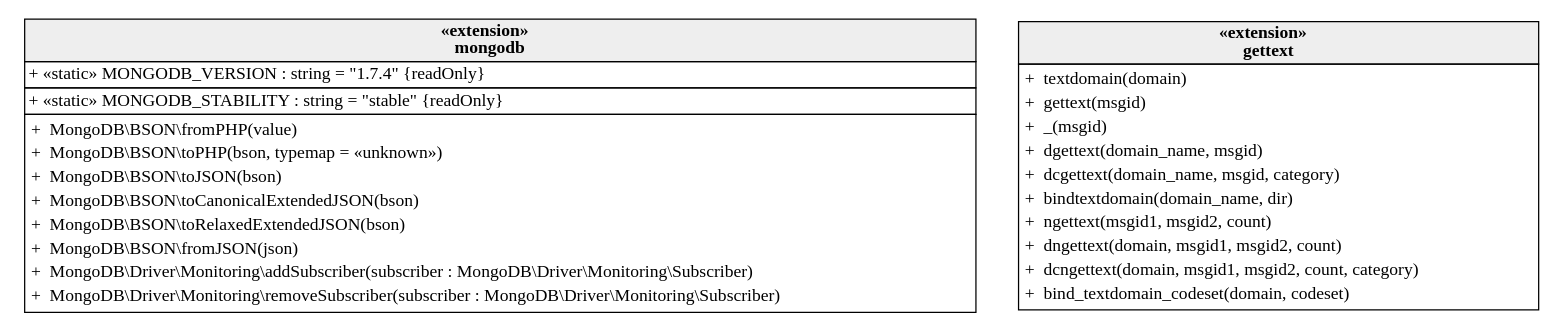
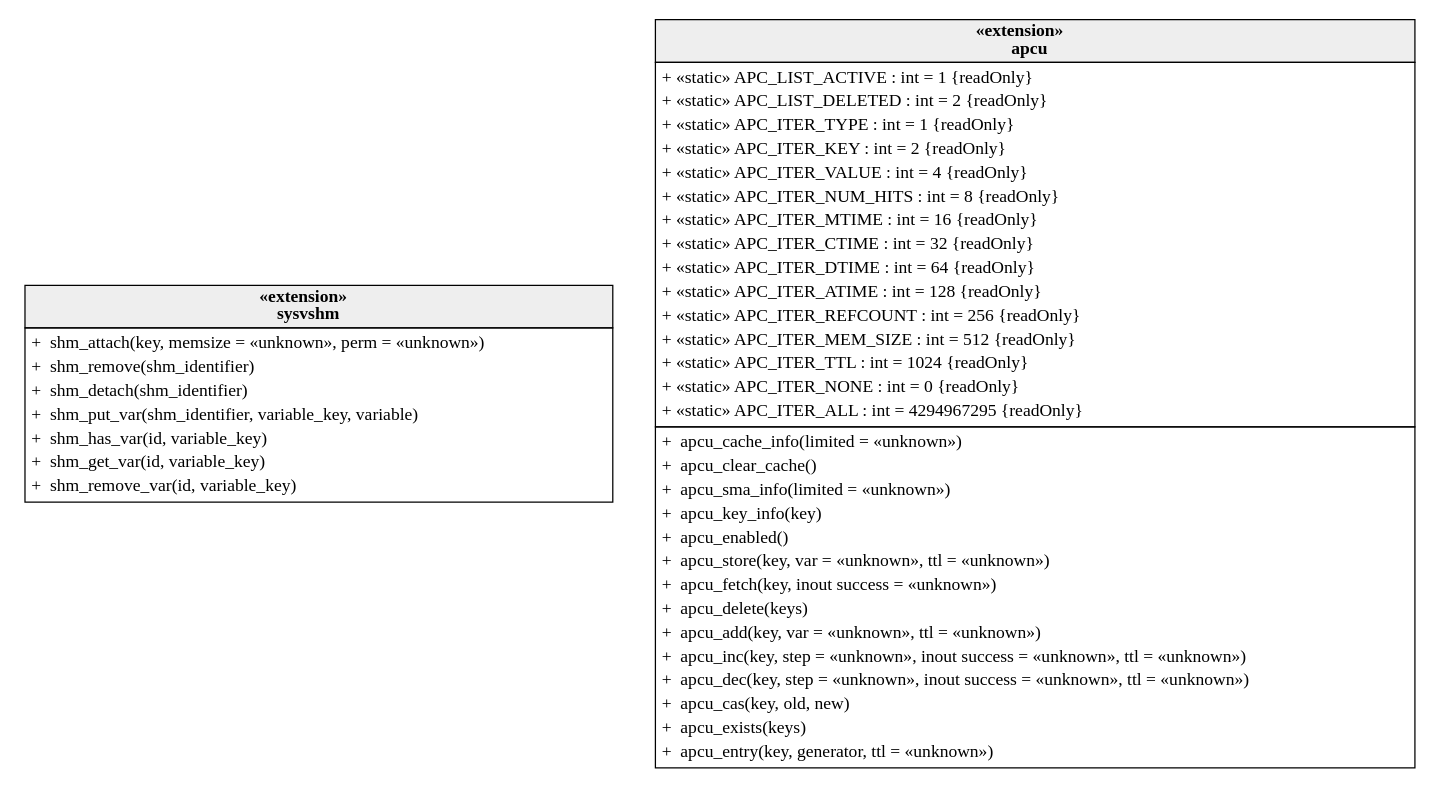
The diagram in docs/02_Cookbook/php_extensions.html.gv (llaville/graph-uml), drawn with Graphviz before and after one commit. The commit also changed 8 other files, not shown here.

```diff
--- a/docs/02_Cookbook/php_extensions.html.gv
+++ b/docs/02_Cookbook/php_extensions.html.gv
@@ -1,36 +1,52 @@
 graph {
-  "mongodb" [shape="none" label=<
+  "sysvshm" [shape="none" label=<
 <table cellspacing="0" border="0" cellborder="1">
-    <tr><td bgcolor="#eeeeee"><b>«extension»<br/>mongodb</b></td></tr>
-    <tr><td align="left">+ «static» MONGODB_VERSION : string = "1.7.4" {readOnly}</td></tr>
-<tr><td align="left">+ «static» MONGODB_STABILITY : string = "stable" {readOnly}</td></tr>
-
+    <tr><td bgcolor="#eeeeee"><b>«extension»<br/>sysvshm</b></td></tr>
     <tr><td><table border="0" cellspacing="0" cellpadding="2">
-<tr><td align="left">+  MongoDB\\BSON\\fromPHP(value)</td></tr>
-<tr><td align="left">+  MongoDB\\BSON\\toPHP(bson, typemap = «unknown»)</td></tr>
-<tr><td align="left">+  MongoDB\\BSON\\toJSON(bson)</td></tr>
-<tr><td align="left">+  MongoDB\\BSON\\toCanonicalExtendedJSON(bson)</td></tr>
-<tr><td align="left">+  MongoDB\\BSON\\toRelaxedExtendedJSON(bson)</td></tr>
-<tr><td align="left">+  MongoDB\\BSON\\fromJSON(json)</td></tr>
-<tr><td align="left">+  MongoDB\\Driver\\Monitoring\\addSubscriber(subscriber : MongoDB\\Driver\\Monitoring\\Subscriber)</td></tr>
-<tr><td align="left">+  MongoDB\\Driver\\Monitoring\\removeSubscriber(subscriber : MongoDB\\Driver\\Monitoring\\Subscriber)</td></tr>
+    <tr><td align="left">+  shm_attach(key, memsize = «unknown», perm = «unknown»)</td></tr>
+    <tr><td align="left">+  shm_remove(shm_identifier)</td></tr>
+    <tr><td align="left">+  shm_detach(shm_identifier)</td></tr>
+    <tr><td align="left">+  shm_put_var(shm_identifier, variable_key, variable)</td></tr>
+    <tr><td align="left">+  shm_has_var(id, variable_key)</td></tr>
+    <tr><td align="left">+  shm_get_var(id, variable_key)</td></tr>
+    <tr><td align="left">+  shm_remove_var(id, variable_key)</td></tr>
 </table></td></tr>
 </table>>]
-  "gettext" [shape="none" label=<
+  "apcu" [shape="none" label=<
 <table cellspacing="0" border="0" cellborder="1">
-    <tr><td bgcolor="#eeeeee"><b>«extension»<br/>gettext</b></td></tr>
-
+    <tr><td bgcolor="#eeeeee"><b>«extension»<br/>apcu</b></td></tr>
     <tr><td><table border="0" cellspacing="0" cellpadding="2">
-<tr><td align="left">+  textdomain(domain)</td></tr>
-<tr><td align="left">+  gettext(msgid)</td></tr>
-<tr><td align="left">+  _(msgid)</td></tr>
-<tr><td align="left">+  dgettext(domain_name, msgid)</td></tr>
-<tr><td align="left">+  dcgettext(domain_name, msgid, category)</td></tr>
-<tr><td align="left">+  bindtextdomain(domain_name, dir)</td></tr>
-<tr><td align="left">+  ngettext(msgid1, msgid2, count)</td></tr>
-<tr><td align="left">+  dngettext(domain, msgid1, msgid2, count)</td></tr>
-<tr><td align="left">+  dcngettext(domain, msgid1, msgid2, count, category)</td></tr>
-<tr><td align="left">+  bind_textdomain_codeset(domain, codeset)</td></tr>
+    <tr><td align="left">+ «static» APC_LIST_ACTIVE : int = 1 {readOnly}</td></tr>
+    <tr><td align="left">+ «static» APC_LIST_DELETED : int = 2 {readOnly}</td></tr>
+    <tr><td align="left">+ «static» APC_ITER_TYPE : int = 1 {readOnly}</td></tr>
+    <tr><td align="left">+ «static» APC_ITER_KEY : int = 2 {readOnly}</td></tr>
+    <tr><td align="left">+ «static» APC_ITER_VALUE : int = 4 {readOnly}</td></tr>
+    <tr><td align="left">+ «static» APC_ITER_NUM_HITS : int = 8 {readOnly}</td></tr>
+    <tr><td align="left">+ «static» APC_ITER_MTIME : int = 16 {readOnly}</td></tr>
+    <tr><td align="left">+ «static» APC_ITER_CTIME : int = 32 {readOnly}</td></tr>
+    <tr><td align="left">+ «static» APC_ITER_DTIME : int = 64 {readOnly}</td></tr>
+    <tr><td align="left">+ «static» APC_ITER_ATIME : int = 128 {readOnly}</td></tr>
+    <tr><td align="left">+ «static» APC_ITER_REFCOUNT : int = 256 {readOnly}</td></tr>
+    <tr><td align="left">+ «static» APC_ITER_MEM_SIZE : int = 512 {readOnly}</td></tr>
+    <tr><td align="left">+ «static» APC_ITER_TTL : int = 1024 {readOnly}</td></tr>
+    <tr><td align="left">+ «static» APC_ITER_NONE : int = 0 {readOnly}</td></tr>
+    <tr><td align="left">+ «static» APC_ITER_ALL : int = 4294967295 {readOnly}</td></tr>
+</table></td></tr>
+    <tr><td><table border="0" cellspacing="0" cellpadding="2">
+    <tr><td align="left">+  apcu_cache_info(limited = «unknown»)</td></tr>
+    <tr><td align="left">+  apcu_clear_cache()</td></tr>
+    <tr><td align="left">+  apcu_sma_info(limited = «unknown»)</td></tr>
+    <tr><td align="left">+  apcu_key_info(key)</td></tr>
+    <tr><td align="left">+  apcu_enabled()</td></tr>
+    <tr><td align="left">+  apcu_store(key, var = «unknown», ttl = «unknown»)</td></tr>
+    <tr><td align="left">+  apcu_fetch(key, inout success = «unknown»)</td></tr>
+    <tr><td align="left">+  apcu_delete(keys)</td></tr>
+    <tr><td align="left">+  apcu_add(key, var = «unknown», ttl = «unknown»)</td></tr>
+    <tr><td align="left">+  apcu_inc(key, step = «unknown», inout success = «unknown», ttl = «unknown»)</td></tr>
+    <tr><td align="left">+  apcu_dec(key, step = «unknown», inout success = «unknown», ttl = «unknown»)</td></tr>
+    <tr><td align="left">+  apcu_cas(key, old, new)</td></tr>
+    <tr><td align="left">+  apcu_exists(keys)</td></tr>
+    <tr><td align="left">+  apcu_entry(key, generator, ttl = «unknown»)</td></tr>
 </table></td></tr>
 </table>>]
 }
```
